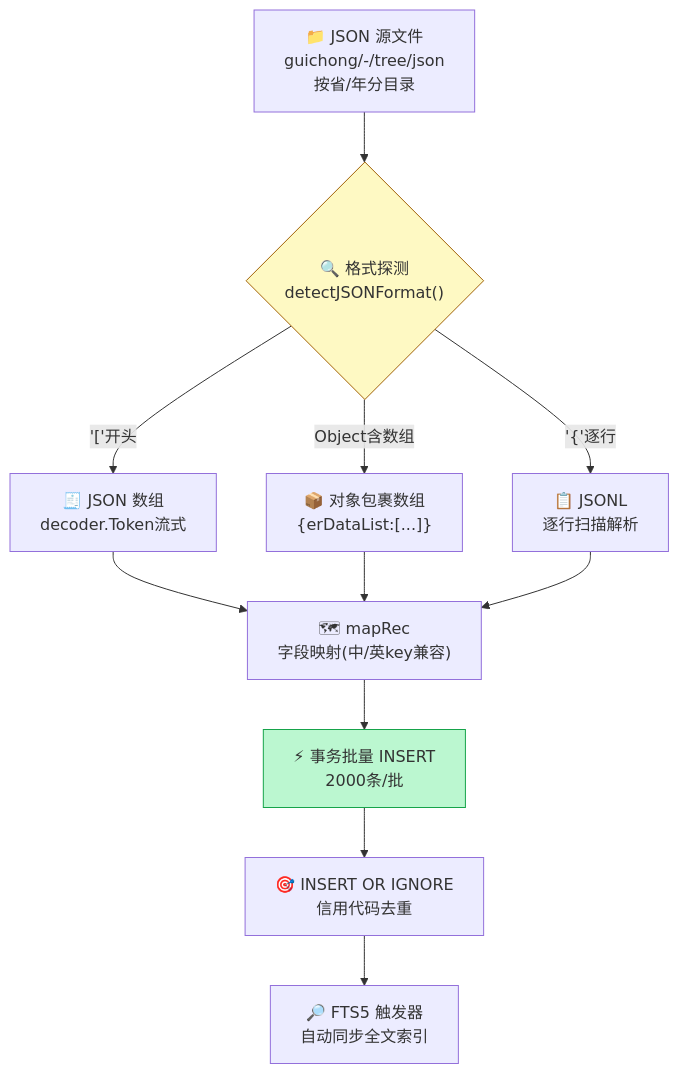
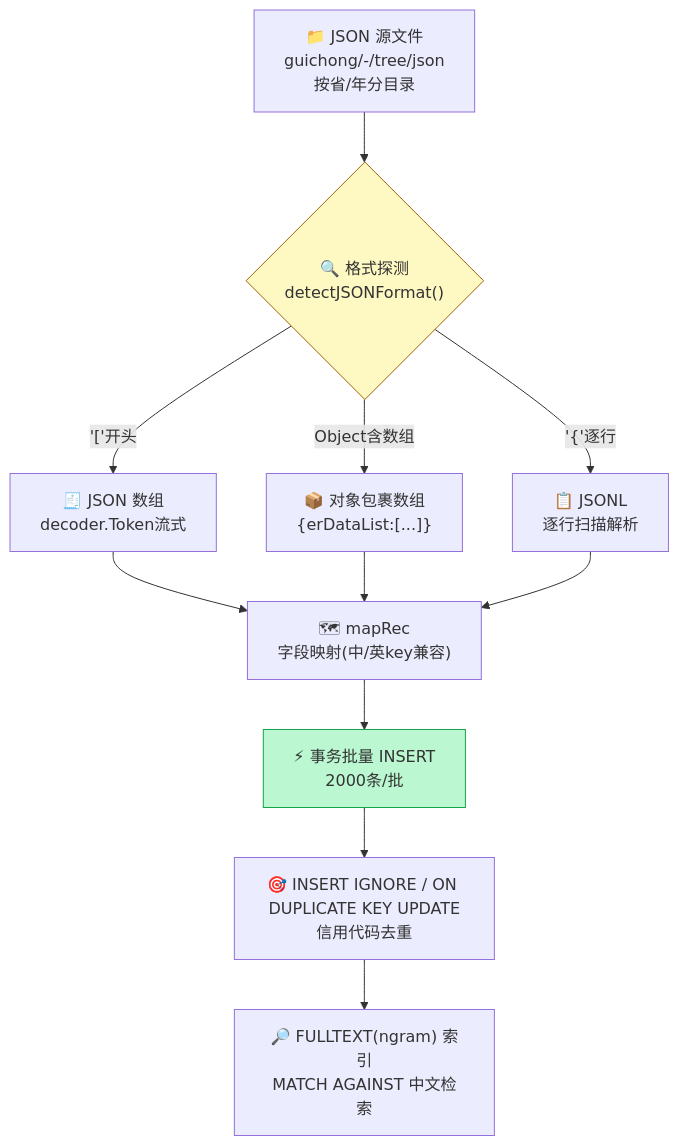
Diagram 26 of 31 in docs/architecture.md (deep2code/geo), drawn with Mermaid before and after one commit. The commit also changed other lines of this file and 26 other files, not shown here.

````diff
--- a/docs/architecture.md
+++ b/docs/architecture.md
@@ -684,16 +680,16 @@
 ```mermaid
 flowchart TB
     FILES["📁 JSON 源文件<br/>guichong/-/tree/json<br/>按省/年分目录"] --> FORMAT{"🔍 格式探测<br/>detectJSONFormat()"}
 
     FORMAT -->|"'['开头"| ARR["🧾 JSON 数组<br/>decoder.Token流式"]
     FORMAT -->|"Object含数组"| OBJ["📦 对象包裹数组<br/>{erDataList:[...]}"]
     FORMAT -->|"'{'逐行"| JSONL["📋 JSONL<br/>逐行扫描解析"]
 
     ARR & OBJ & JSONL --> MAP["🗺 mapRec<br/>字段映射(中/英key兼容)"]
     MAP --> TX["⚡ 事务批量 INSERT<br/>2000条/批"]
-    TX --> DUP["🎯 INSERT OR IGNORE<br/>信用代码去重"]
-    DUP --> FTS["🔎 FTS5 触发器<br/>自动同步全文索引"]
+    TX --> DUP["🎯 INSERT IGNORE / ON DUPLICATE KEY UPDATE<br/>信用代码去重"]
+    DUP --> FTS["🔎 FULLTEXT(ngram) 索引<br/>MATCH AGAINST 中文检索"]
 
     style FORMAT fill:#fef9c3,stroke:#a16207
     style TX fill:#bbf7d0,stroke:#16a34a
 ```
````
